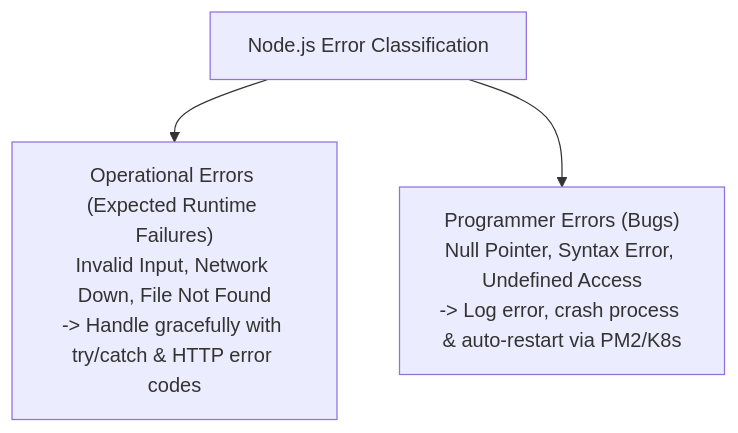
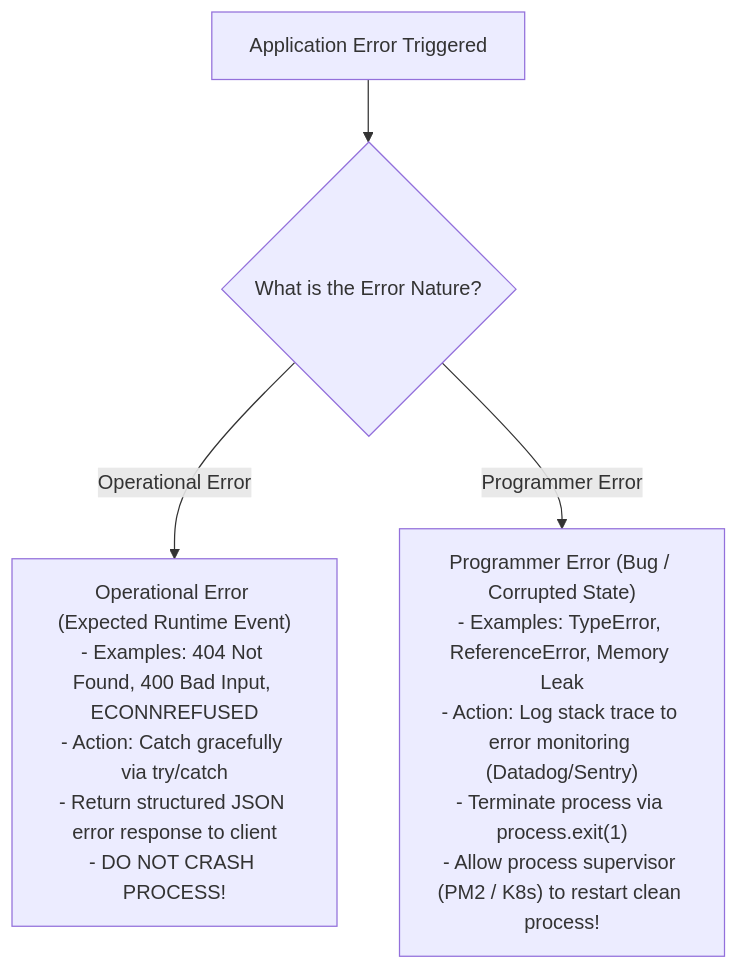
The first of 2 diagrams in nodejs-notes/26-error-handling-node.md (Amie-dev/engineering-playbook), drawn with Mermaid before and after one commit. The commit also changed other lines of this file and 32 other files, not shown here.

````diff
--- a/nodejs-notes/26-error-handling-node.md
+++ b/nodejs-notes/26-error-handling-node.md
@@ -10,5 +13,8 @@
 ```mermaid
-graph TD
-    Error[Node.js Error Classification] --> Op["Operational Errors (Expected Runtime Failures)<br/>Invalid Input, Network Down, File Not Found<br/>-> Handle gracefully with try/catch & HTTP error codes"]
-    Error --> Prog["Programmer Errors (Bugs)<br/>Null Pointer, Syntax Error, Undefined Access<br/>-> Log error, crash process & auto-restart via PM2/K8s"]
+flowchart TD
+    ErrorEvent[Application Error Triggered] --> ErrorType{What is the Error Nature?}
+    
+    ErrorType -- Operational Error --> OpHandling["Operational Error (Expected Runtime Event)<br/>- Examples: 404 Not Found, 400 Bad Input, ECONNREFUSED<br/>- Action: Catch gracefully via try/catch<br/>- Return structured JSON error response to client<br/>- DO NOT CRASH PROCESS!"]
+
+    ErrorType -- Programmer Error --> ProgHandling["Programmer Error (Bug / Corrupted State)<br/>- Examples: TypeError, ReferenceError, Memory Leak<br/>- Action: Log stack trace to error monitoring (Datadog/Sentry)<br/>- Terminate process via process.exit(1)<br/>- Allow process supervisor (PM2 / K8s) to restart clean process!"]
 ```
````
